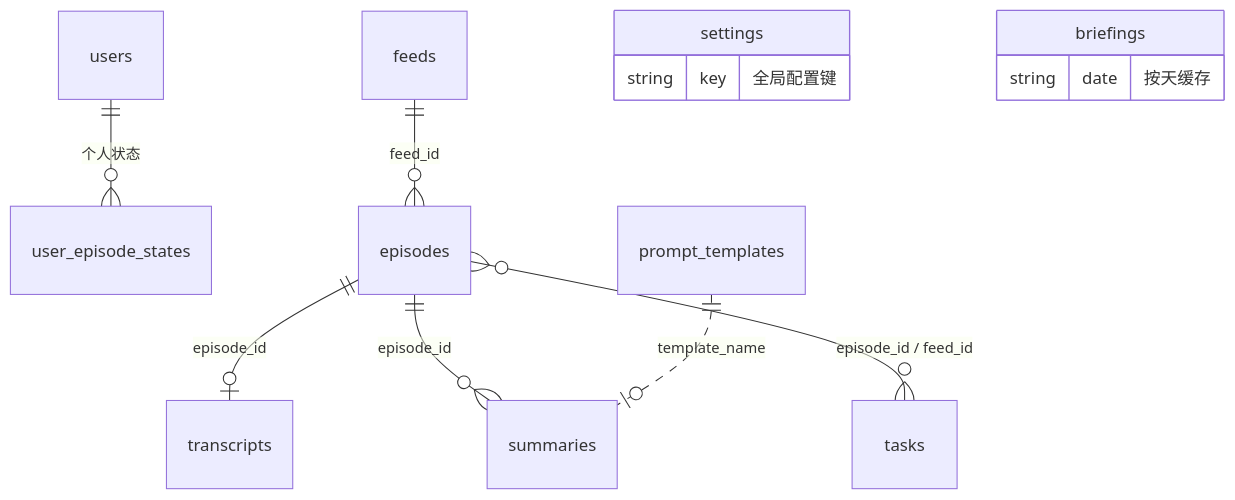
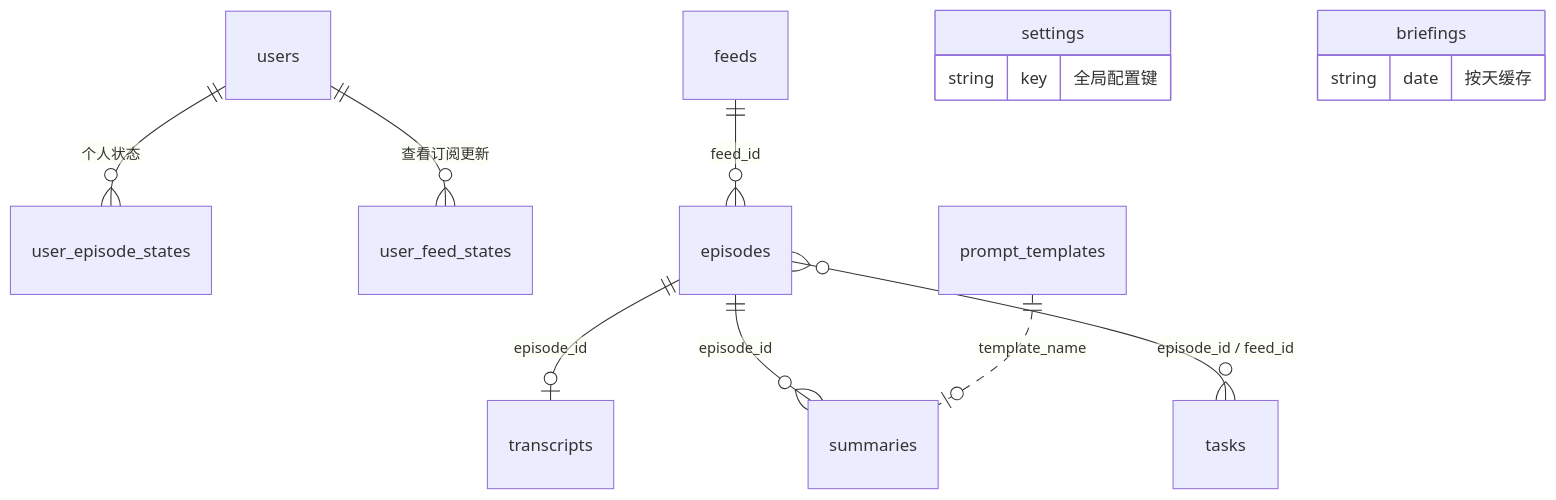
The diagram in docs/database.md (Zhong-Ze-Wei/podcast), drawn with Mermaid before and after one commit. The commit also changed other lines of this file and 17 other files, not shown here.

````diff
--- a/docs/database.md
+++ b/docs/database.md
@@ -8,15 +8,16 @@
 ```mermaid
 erDiagram
     users ||--o{ user_episode_states : "个人状态"
+    users ||--o{ user_feed_states : "查看订阅更新"
     feeds ||--o{ episodes : "feed_id"
     episodes ||--o| transcripts : "episode_id"
     episodes ||--o{ summaries : "episode_id"
     episodes }o--o{ tasks : "episode_id / feed_id"
     prompt_templates ||..|o summaries : "template_name"
     settings {
         string key "全局配置键"
     }
     briefings {
         string date "按天缓存"
     }
 ```
````
